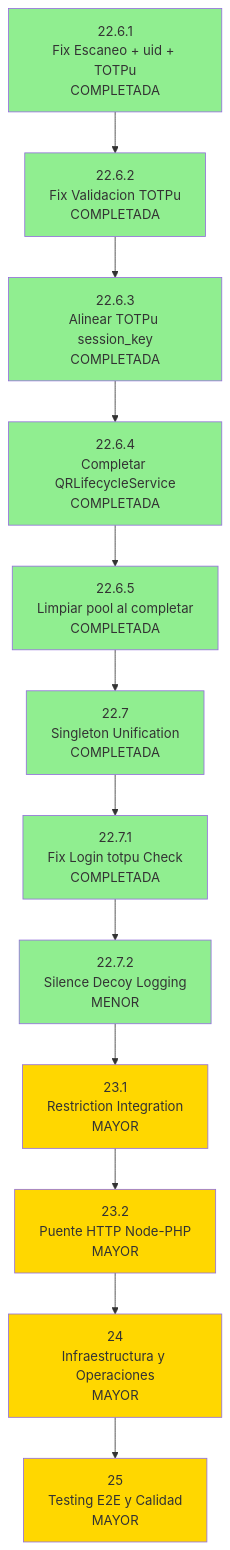
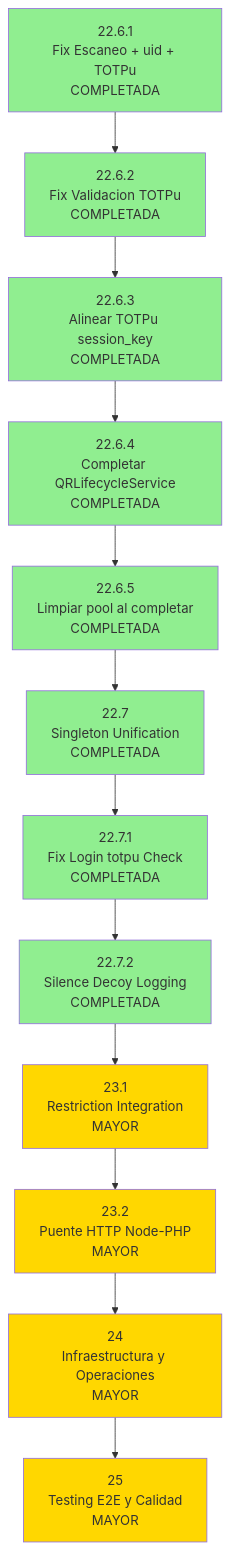
The diagram in ROADMAP.md (Ragnarsss/capstone-backend), drawn with Mermaid before and after one commit. The commit also changed other lines of this file, not shown here.

First line of the commit message:
docs(roadmap): marcar fase 22.7.2 COMPLETADA

````diff
--- a/ROADMAP.md
+++ b/ROADMAP.md
@@ -61,40 +61,40 @@
 ```mermaid
 flowchart TB
     P0[22.6.1<br/>Fix Escaneo + uid + TOTPu<br/>COMPLETADA]
     P1[22.6.2<br/>Fix Validacion TOTPu<br/>COMPLETADA]
     P1_1[22.6.3<br/>Alinear TOTPu session_key<br/>COMPLETADA]
     P1_2[22.6.4<br/>Completar QRLifecycleService<br/>COMPLETADA]
     P1_3[22.6.5<br/>Limpiar pool al completar<br/>COMPLETADA]
     P2[22.7<br/>Singleton Unification<br/>COMPLETADA]
     P2_1[22.7.1<br/>Fix Login totpu Check<br/>COMPLETADA]
-    P2_2[22.7.2<br/>Silence Decoy Logging<br/>MENOR]
+    P2_2[22.7.2<br/>Silence Decoy Logging<br/>COMPLETADA]
     P3[23.1<br/>Restriction Integration<br/>MAYOR]
     P4[23.2<br/>Puente HTTP Node-PHP<br/>MAYOR]
     P5[24<br/>Infraestructura y Operaciones<br/>MAYOR]
     P6[25<br/>Testing E2E y Calidad<br/>MAYOR]
-    
+
     P0 --> P1
     P1 --> P1_1
     P1_1 --> P1_2
     P1_2 --> P1_3
     P1_3 --> P2
     P2 --> P2_1
     P2_1 --> P2_2
     P2_2 --> P3
     P3 --> P4
     P4 --> P5
     P5 --> P6
 
     style P0 fill:#90EE90
     style P1 fill:#90EE90
     style P1_1 fill:#90EE90
     style P1_2 fill:#90EE90
     style P1_3 fill:#90EE90
     style P2 fill:#90EE90
     style P2_1 fill:#90EE90
     style P2_2 fill:#90EE90
     style P3 fill:#FFD700
     style P4 fill:#FFD700
     style P5 fill:#FFD700
     style P6 fill:#FFD700
 ```
````
